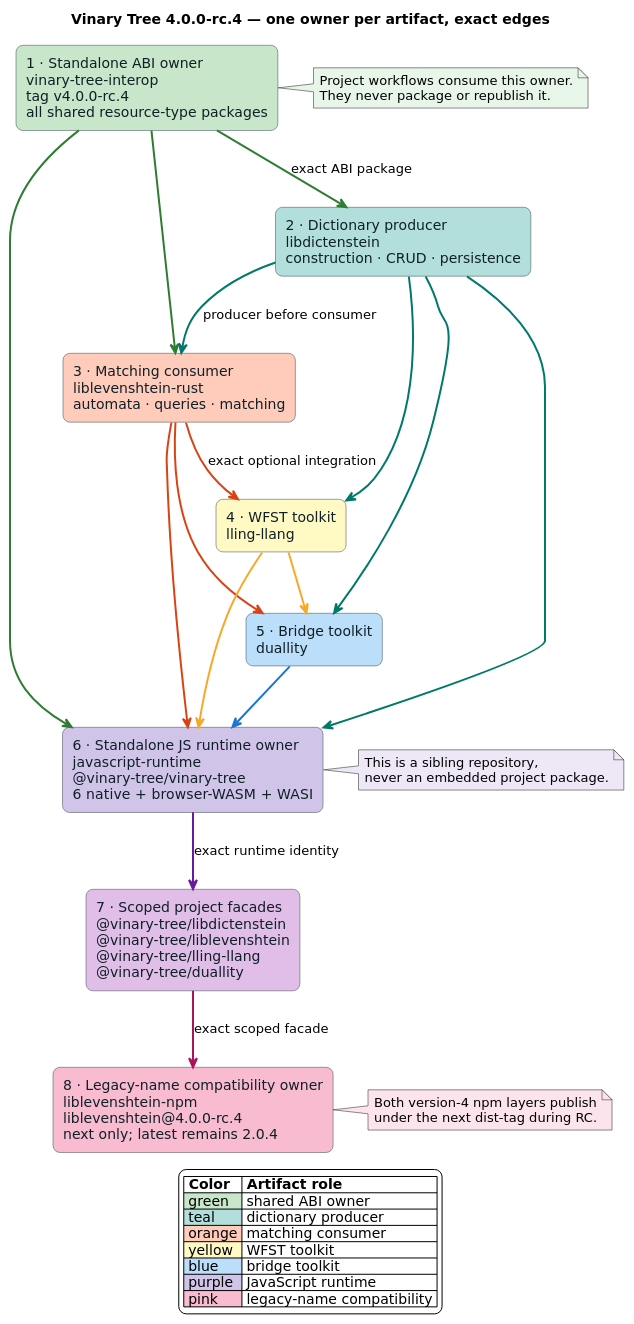
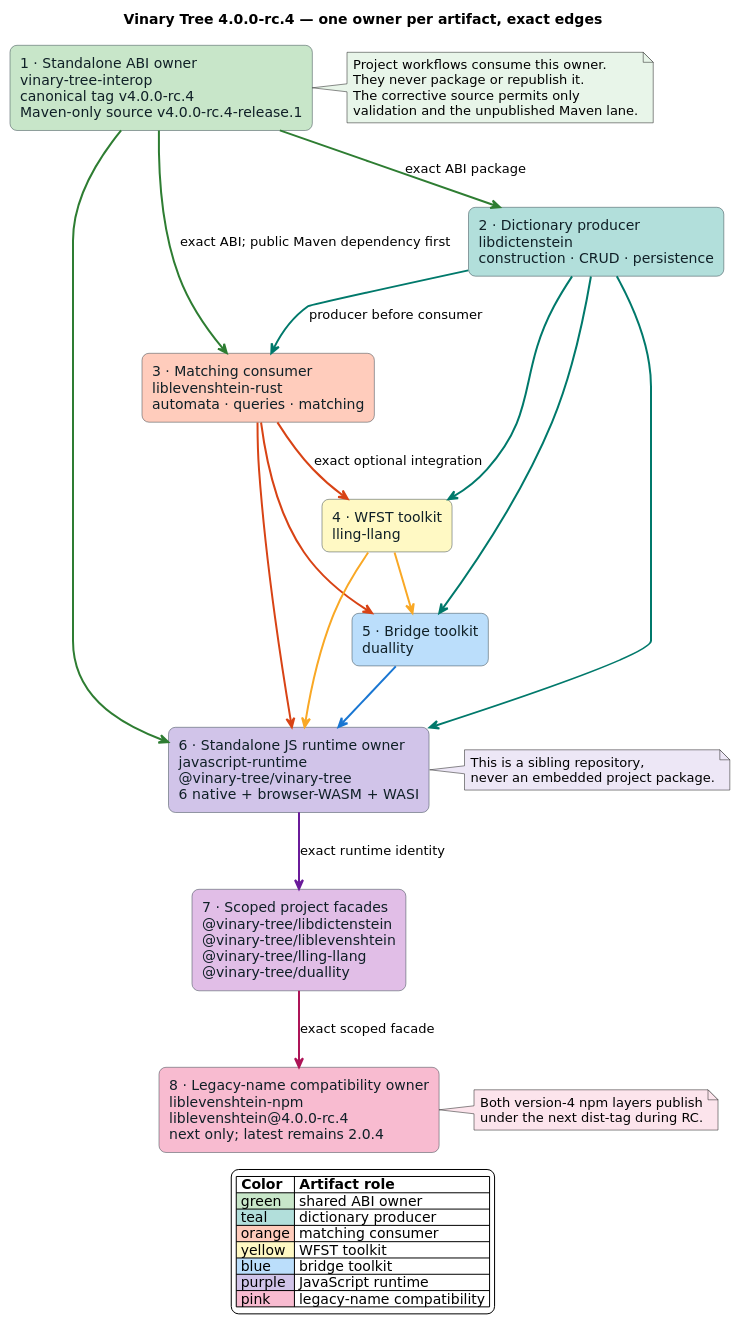
Before and after one commit to vinary-tree/liblevenshtein-rust: the diagram in docs/diagrams/bindings/registry-topology.puml, drawn with PlantUML. The commit also changed 10 other files, not shown here.

First line of the commit message:
fix(release): isolate canonical and historical Maven publication

```diff
--- a/docs/diagrams/bindings/registry-topology.puml
+++ b/docs/diagrams/bindings/registry-topology.puml
@@ -1,70 +1,72 @@
 @startuml registry-topology
 ' Normative release ownership and publish-order DAG for 4.0.0-rc.4.
 skinparam backgroundColor #FFFFFF
 skinparam shadowing false
 skinparam defaultFontName "DejaVu Sans"
 skinparam rectangle {
   RoundCorner 14
   BorderColor #37474F
   FontColor #102027
 }
 skinparam ArrowColor #37474F
 skinparam ArrowThickness 2
 top to bottom direction
 
 title Vinary Tree 4.0.0-rc.4 — one owner per artifact, exact edges
 
-rectangle "1 · Standalone ABI owner\nvinary-tree-interop\ntag v4.0.0-rc.4\nall shared resource-type packages" as INTEROP #C8E6C9
+rectangle "1 · Standalone ABI owner\nvinary-tree-interop\ncanonical tag v4.0.0-rc.4\nMaven-only source v4.0.0-rc.4-release.1" as INTEROP #C8E6C9
 
 rectangle "2 · Dictionary producer\nlibdictenstein\nconstruction · CRUD · persistence" as LDICT #B2DFDB
 rectangle "3 · Matching consumer\nliblevenshtein-rust\nautomata · queries · matching" as LLEV #FFCCBC
 rectangle "4 · WFST toolkit\nlling-llang" as LLING #FFF9C4
 rectangle "5 · Bridge toolkit\nduallity" as DUAL #BBDEFB
 
 rectangle "6 · Standalone JS runtime owner\njavascript-runtime\n@vinary-tree/vinary-tree\n6 native + browser-WASM + WASI" as RUNTIME #D1C4E9
 rectangle "7 · Scoped project facades\n@vinary-tree/libdictenstein\n@vinary-tree/liblevenshtein\n@vinary-tree/lling-llang\n@vinary-tree/duallity" as SCOPED #E1BEE7
 rectangle "8 · Legacy-name compatibility owner\nliblevenshtein-npm\nliblevenshtein@4.0.0-rc.4\nnext only; latest remains 2.0.4" as COMPAT #F8BBD0
 
 INTEROP -[#2E7D32]-> LDICT : exact ABI package
-INTEROP -[#2E7D32]-> LLEV
+INTEROP -[#2E7D32]-> LLEV : exact ABI; public Maven dependency first
 LDICT -[#00796B]-> LLEV : producer before consumer
 LLEV -[#D84315]-> LLING : exact optional integration
 LDICT -[#00796B]-> LLING
 LLING -[#F9A825]-> DUAL
 LLEV -[#D84315]-> DUAL
 LDICT -[#00796B]-> DUAL
 
 INTEROP -[#2E7D32]-> RUNTIME
 LDICT -[#00796B]-> RUNTIME
 LLEV -[#D84315]-> RUNTIME
 LLING -[#F9A825]-> RUNTIME
 DUAL -[#1976D2]-> RUNTIME
 RUNTIME -[#6A1B9A]-> SCOPED : exact runtime identity
 SCOPED -[#AD1457]-> COMPAT : exact scoped facade
 
 note right of INTEROP #E8F5E9
   Project workflows consume this owner.
   They never package or republish it.
+  The corrective source permits only
+  validation and the unpublished Maven lane.
 end note
 
 note right of RUNTIME #EDE7F6
   This is a sibling repository,
   never an embedded project package.
 end note
 
 note right of COMPAT #FCE4EC
   Both version-4 npm layers publish
   under the next dist-tag during RC.
 end note
 
 legend bottom
   |= Color |= Artifact role |
   |<#C8E6C9> green | shared ABI owner |
   |<#B2DFDB> teal | dictionary producer |
   |<#FFCCBC> orange | matching consumer |
   |<#FFF9C4> yellow | WFST toolkit |
   |<#BBDEFB> blue | bridge toolkit |
   |<#D1C4E9> purple | JavaScript runtime |
   |<#F8BBD0> pink | legacy-name compatibility |
 endlegend
 @enduml
```
